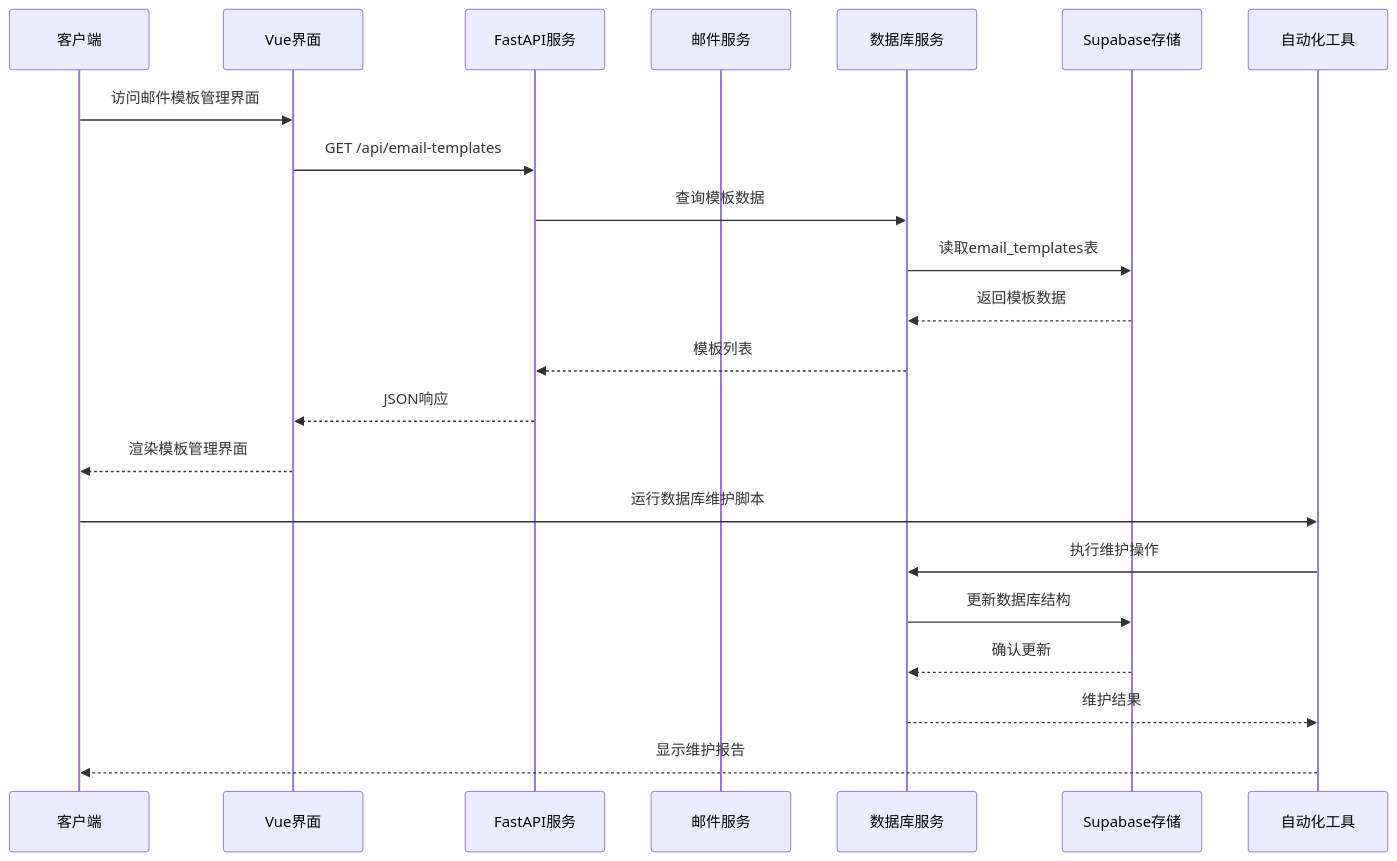
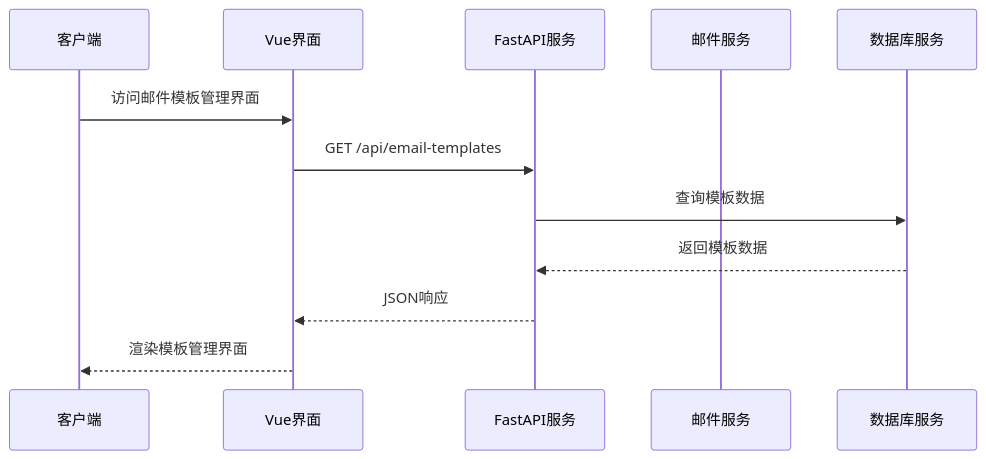
Before and after one commit to SY6621/POD-Order-Management: the second of 8 diagrams in .qoder/repowiki/zh/content/开发指南/邮件模板管理系统.md, drawn with Mermaid. The commit also changed other lines of this file and 7 other files, not shown here.

````diff
--- a/.qoder/repowiki/zh/content/开发指南/邮件模板管理系统.md
+++ b/.qoder/repowiki/zh/content/开发指南/邮件模板管理系统.md
@@ -140,24 +103,14 @@
 ```mermaid
 sequenceDiagram
 participant Client as 客户端
 participant VueUI as Vue界面
 participant FastAPI as FastAPI服务
 participant EmailSvc as 邮件服务
 participant DB as 数据库服务
-participant Supabase as Supabase存储
-participant AutoTools as 自动化工具
 Client->>VueUI : 访问邮件模板管理界面
 VueUI->>FastAPI : GET /api/email-templates
 FastAPI->>DB : 查询模板数据
-DB->>Supabase : 读取email_templates表
-Supabase-->>DB : 返回模板数据
-DB-->>FastAPI : 模板列表
+DB-->>FastAPI : 返回模板数据
 FastAPI-->>VueUI : JSON响应
 VueUI-->>Client : 渲染模板管理界面
-Client->>AutoTools : 运行数据库维护脚本
-AutoTools->>DB : 执行维护操作
-DB->>Supabase : 更新数据库结构
-Supabase-->>DB : 确认更新
-DB-->>AutoTools : 维护结果
-AutoTools-->>Client : 显示维护报告
 ```
````
